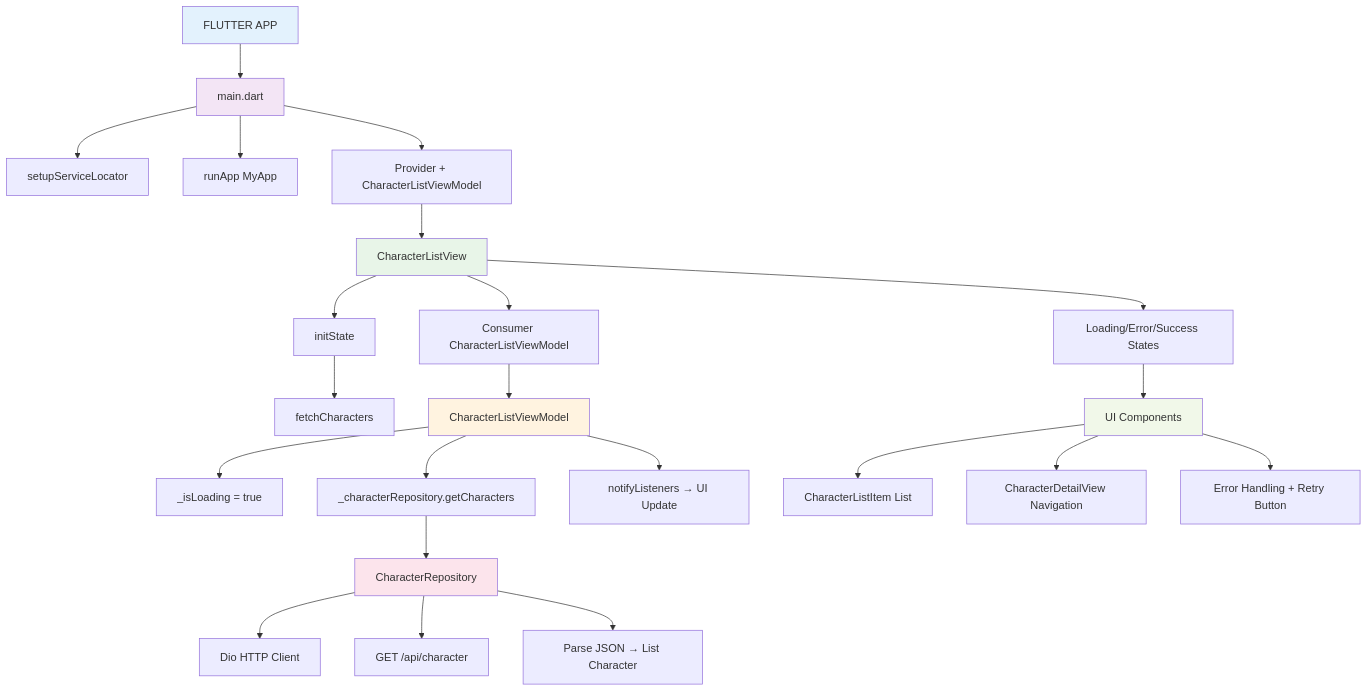
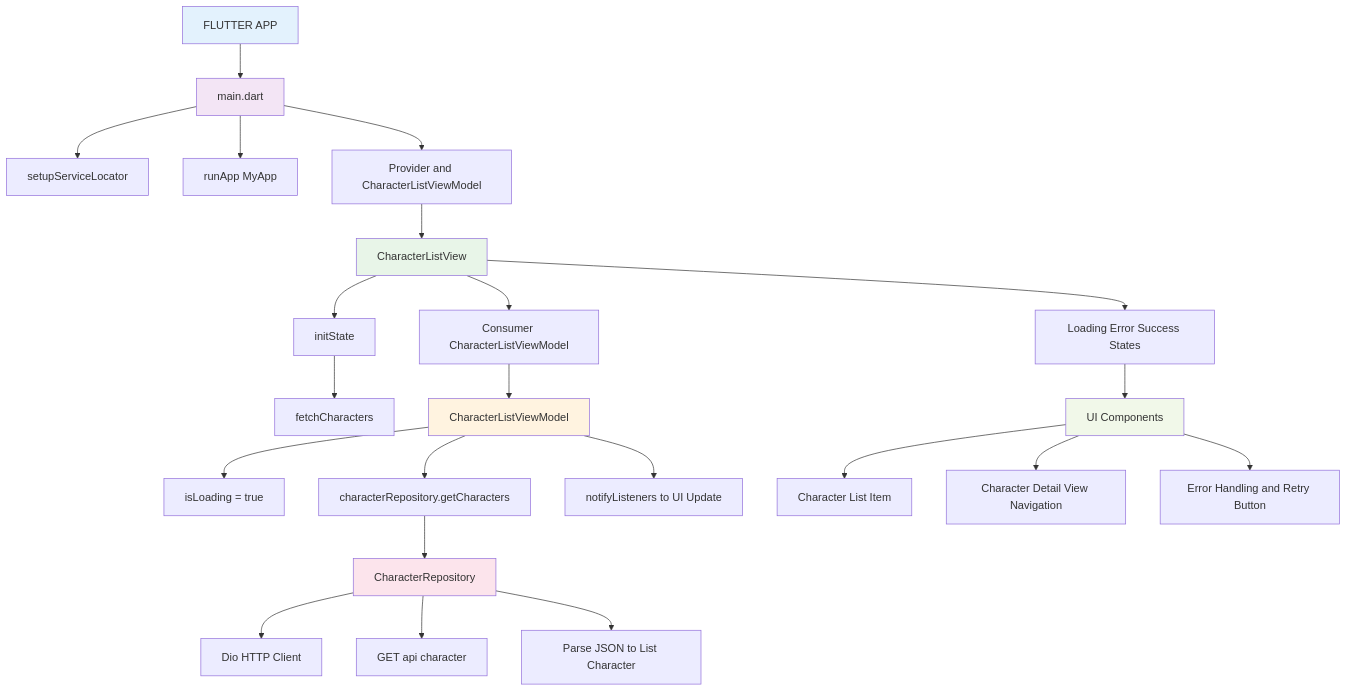
The second of 5 diagrams in README.md (TheuXL/Rick-and-Morty), drawn with Mermaid before and after one commit. The commit also changed other lines of this file, not shown here.

````diff
--- a/README.md
+++ b/README.md
@@ -106,35 +106,35 @@
 ```mermaid
 flowchart TD
     A[FLUTTER APP] --> B[main.dart]
     B --> C[setupServiceLocator]
     B --> D[runApp MyApp]
-    B --> E[Provider + CharacterListViewModel]
+    B --> E[Provider and CharacterListViewModel]
     
     E --> F[CharacterListView]
     F --> G[initState]
     G --> H[fetchCharacters]
     F --> I[Consumer CharacterListViewModel]
-    F --> J[Loading/Error/Success States]
+    F --> J[Loading Error Success States]
     
     I --> K[CharacterListViewModel]
-    K --> L[_isLoading = true]
-    K --> M[_characterRepository.getCharacters]
-    K --> N[notifyListeners → UI Update]
+    K --> L[isLoading = true]
+    K --> M[characterRepository.getCharacters]
+    K --> N[notifyListeners to UI Update]
     
     M --> O[CharacterRepository]
     O --> P[Dio HTTP Client]
-    O --> Q[GET /api/character]
-    O --> R[Parse JSON → List Character]
+    O --> Q[GET api character]
+    O --> R[Parse JSON to List Character]
     
     J --> S[UI Components]
-    S --> T[CharacterListItem List]
-    S --> U[CharacterDetailView Navigation]
-    S --> V[Error Handling + Retry Button]
+    S --> T[Character List Item]
+    S --> U[Character Detail View Navigation]
+    S --> V[Error Handling and Retry Button]
     
     style A fill:#e3f2fd
     style B fill:#f3e5f5
     style F fill:#e8f5e8
     style K fill:#fff3e0
     style O fill:#fce4ec
     style S fill:#f1f8e9
 ```
````
